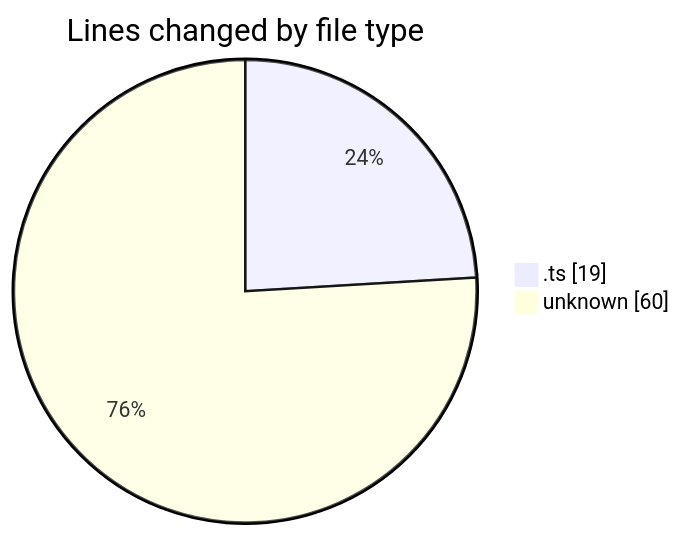
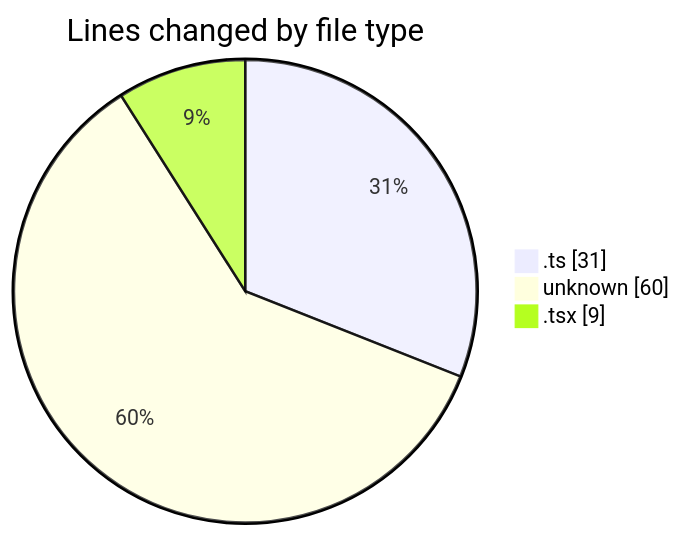
The first of 2 diagrams in 2026-06-12/cda/README.md (momahboobian/code-tracking), drawn with Mermaid before and after one commit. The commit also changed other lines of this file and 1 other file, not shown here.

````diff
--- a/2026-06-12/cda/README.md
+++ b/2026-06-12/cda/README.md
@@ -22,6 +23,7 @@
 ```mermaid
 pie showData
 title Lines changed by file type
-".ts" : 19
+".ts" : 31
 "unknown" : 60
+".tsx" : 9
 ```
````
